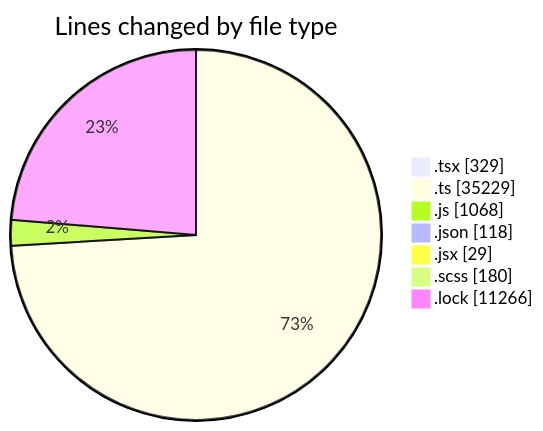
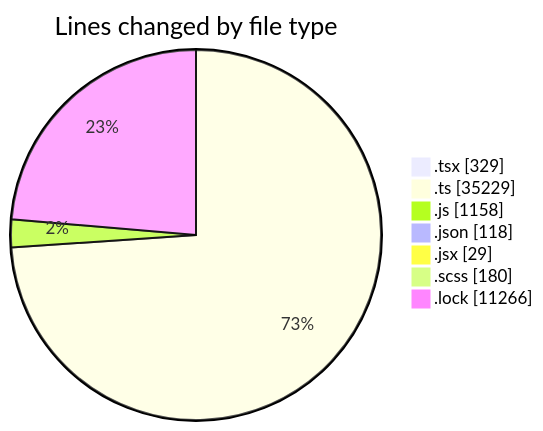
One commit to momahboobian/code-tracking changed the first of 2 diagrams in 2025-12-17/cda/README.md. Above: the diagram before and after it, drawn with Mermaid. The commit also changed other lines of this file and 1 other file, not shown here.

````diff
--- a/2025-12-17/cda/README.md
+++ b/2025-12-17/cda/README.md
@@ -51,11 +51,11 @@
 ```mermaid
 pie showData
 title Lines changed by file type
 ".tsx" : 329
 ".ts" : 35229
-".js" : 1068
+".js" : 1158
 ".json" : 118
 ".jsx" : 29
 ".scss" : 180
 ".lock" : 11266
 ```
````
